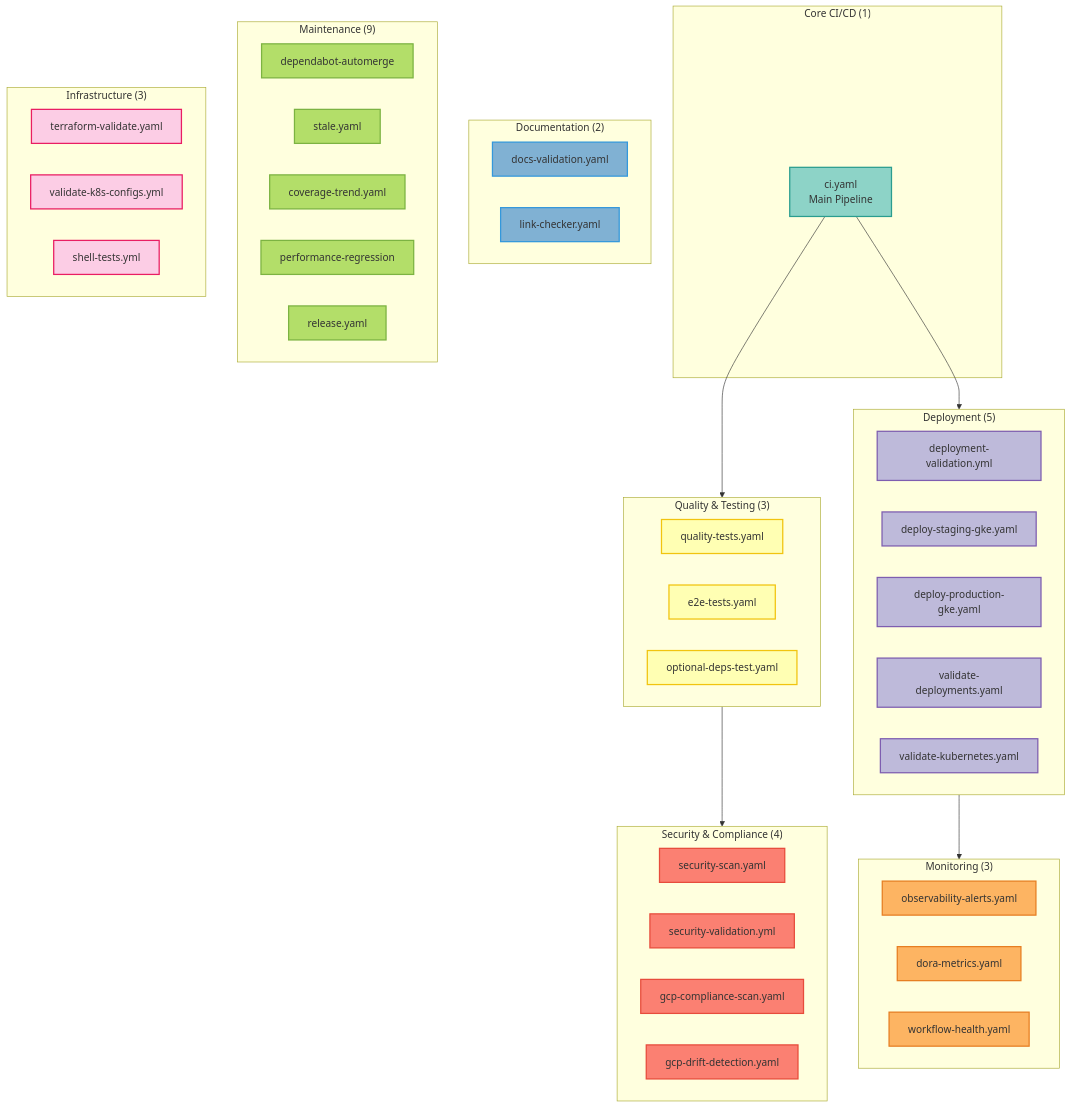
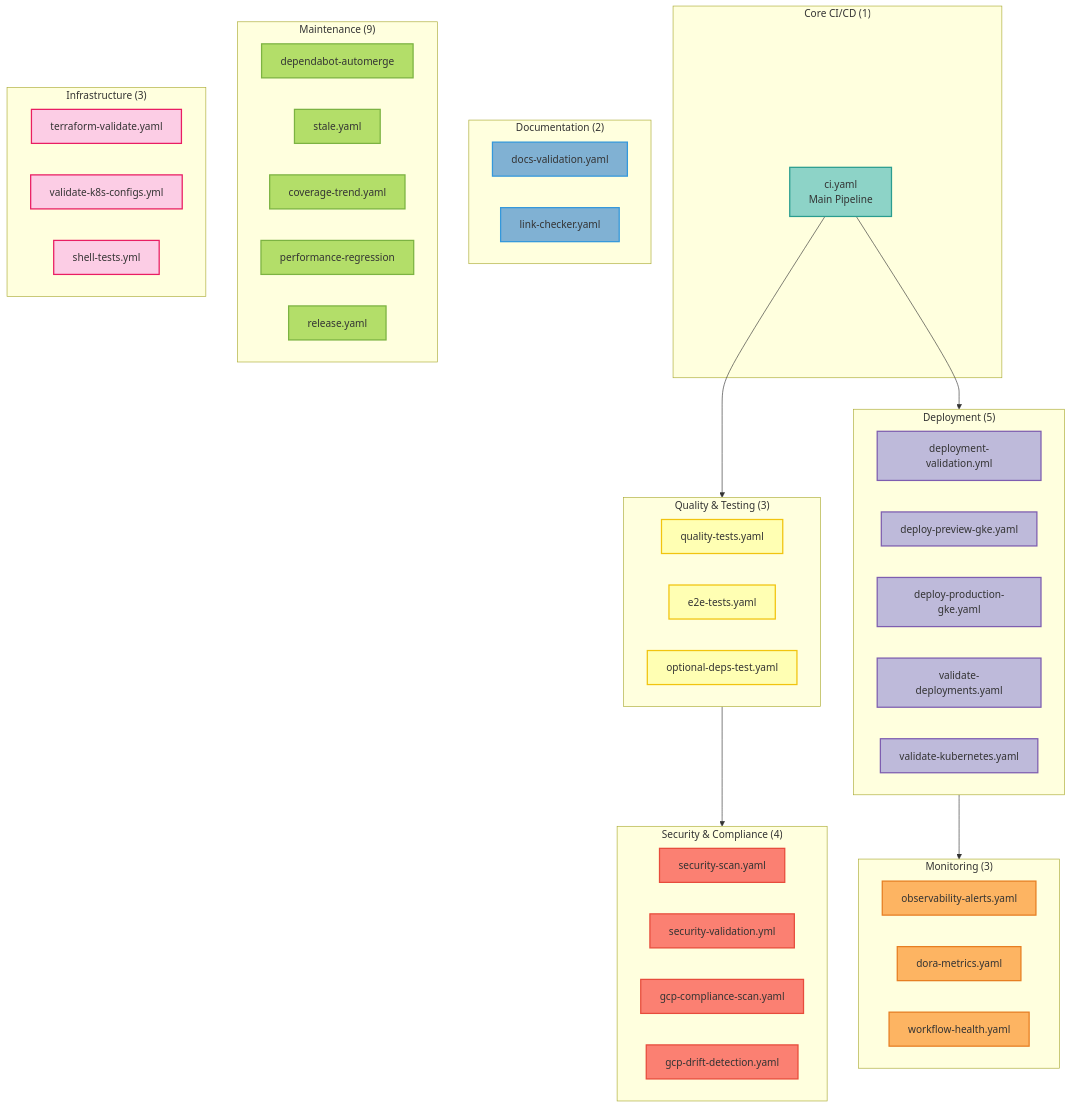
One commit to vishnu2kmohan/mcp-server-langgraph changed the diagram in docs/development/workflows.mdx. Above: the diagram before and after it, drawn with Mermaid. The commit also changed other lines of this file and 191 other files, not shown here.

First line of the commit message:
refactor: rename staging-gke environment to preview-gke (#140)

````diff
--- a/docs/development/workflows.mdx
+++ b/docs/development/workflows.mdx
@@ -26,76 +26,76 @@
 ```mermaid
 flowchart TD
     subgraph CoreCI["Core CI/CD (1)"]
         CI["ci.yaml<br/>Main Pipeline"]
     end
 
     subgraph Quality["Quality & Testing (3)"]
         QT["quality-tests.yaml"]
         E2E["e2e-tests.yaml"]
         OD["optional-deps-test.yaml"]
     end
 
     subgraph Security["Security & Compliance (4)"]
         SS["security-scan.yaml"]
         SV["security-validation.yml"]
         GCS["gcp-compliance-scan.yaml"]
         GDD["gcp-drift-detection.yaml"]
     end
 
     subgraph Deploy["Deployment (5)"]
         DV["deployment-validation.yml"]
-        DS["deploy-staging-gke.yaml"]
+        DS["deploy-preview-gke.yaml"]
         DP["deploy-production-gke.yaml"]
         VD["validate-deployments.yaml"]
         VK["validate-kubernetes.yaml"]
     end
 
     subgraph Docs["Documentation (2)"]
         DVL["docs-validation.yaml"]
         LC["link-checker.yaml"]
     end
 
     subgraph Monitor["Monitoring (3)"]
         OA["observability-alerts.yaml"]
         DM["dora-metrics.yaml"]
         WH["workflow-health.yaml"]
     end
 
     subgraph Maint["Maintenance (9)"]
         DA["dependabot-automerge"]
         ST["stale.yaml"]
         CT["coverage-trend.yaml"]
         PR["performance-regression"]
         REL["release.yaml"]
     end
 
     subgraph Infra["Infrastructure (3)"]
         TV["terraform-validate.yaml"]
         VKC["validate-k8s-configs.yml"]
         SH["shell-tests.yml"]
     end
 
     CI --> Quality
     CI --> Deploy
     Quality --> Security
     Deploy --> Monitor
 
     %% ColorBrewer2 Set3 palette - each category uniquely colored
     classDef coreStyle fill:#8dd3c7,stroke:#2a9d8f,stroke-width:2px,color:#333
     classDef qualityStyle fill:#ffffb3,stroke:#f1c40f,stroke-width:2px,color:#333
     classDef securityStyle fill:#fb8072,stroke:#e74c3c,stroke-width:2px,color:#333
     classDef deployStyle fill:#bebada,stroke:#7e5eb0,stroke-width:2px,color:#333
     classDef docsStyle fill:#80b1d3,stroke:#3498db,stroke-width:2px,color:#333
     classDef monitorStyle fill:#fdb462,stroke:#e67e22,stroke-width:2px,color:#333
     classDef maintStyle fill:#b3de69,stroke:#7cb342,stroke-width:2px,color:#333
     classDef infraStyle fill:#fccde5,stroke:#e91e63,stroke-width:2px,color:#333
 
     class CI coreStyle
     class QT,E2E,OD qualityStyle
     class SS,SV,GCS,GDD securityStyle
     class DV,DS,DP,VD,VK deployStyle
     class DVL,LC docsStyle
     class OA,DM,WH monitorStyle
     class DA,ST,CT,PR,REL maintStyle
     class TV,VKC,SH infraStyle
 ```
````
